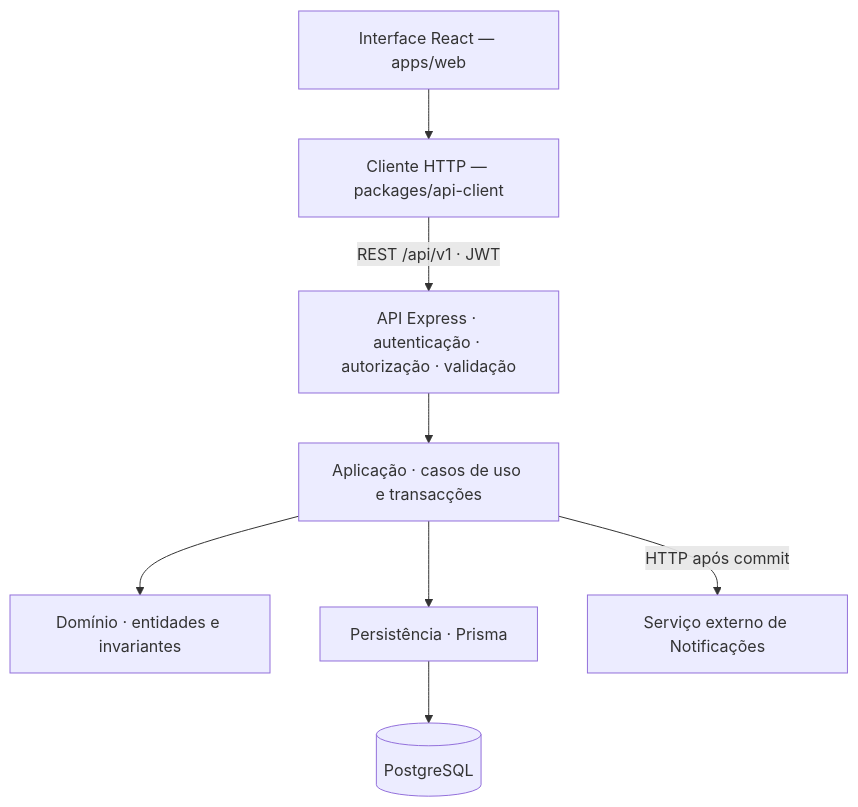
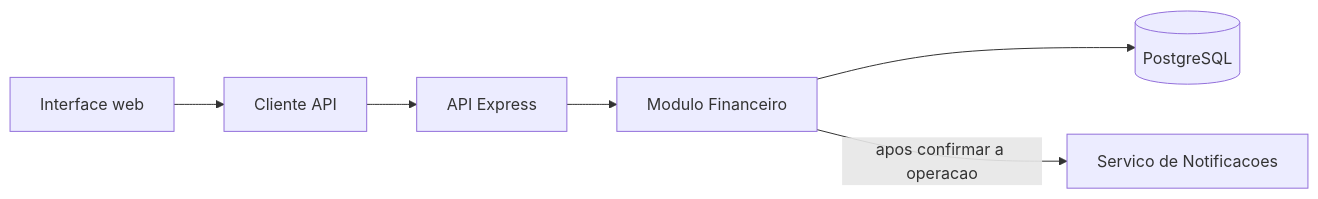
Before and after one commit to pacoObot/ptpiii-smartcampus-financial-Alipio_Paco_-_Josefa-: the diagram in README.md, drawn with Mermaid. The commit also changed other lines of this file and 8 other files, not shown here.

````diff
--- a/README.md
+++ b/README.md
@@ -83,10 +20,8 @@
 ```mermaid
-flowchart TD
-    WEB[Interface React — apps/web] --> CLIENT[Cliente HTTP — packages/api-client]
-    CLIENT -->|REST /api/v1 · JWT| HTTP[API Express · autenticação · autorização · validação]
-    HTTP --> APP[Aplicação · casos de uso e transacções]
-    APP --> DOMAIN[Domínio · entidades e invariantes]
-    APP --> DATA[Persistência · Prisma]
-    DATA --> DB[(PostgreSQL)]
-    APP -->|HTTP após commit| NOTIF[Serviço externo de Notificações]
+flowchart LR
+  WEB[Interface web] --> CLIENT[Cliente API]
+  CLIENT --> API[API Express]
+  API --> FIN[Modulo Financeiro]
+  FIN --> DB[(PostgreSQL)]
+  FIN -->|apos confirmar a operacao| NOTIF[Servico de Notificacoes]
 ```
````
